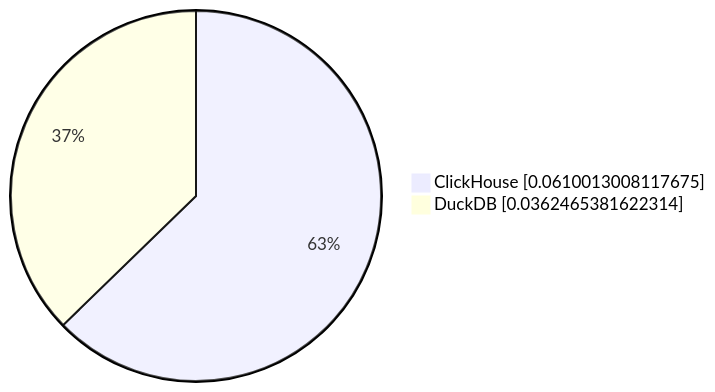
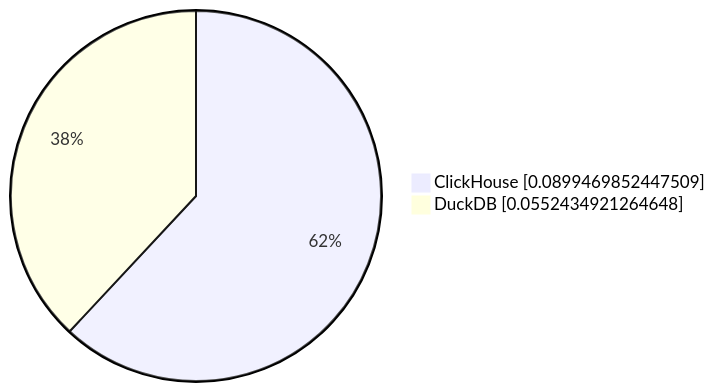
One commit to Altinity/clickhouse-regression changed the sixth of 7 diagrams in parquet/performance/results/nyc_taxi/23.8.2.7/README.md. Above: the diagram before and after it, drawn with Mermaid. The commit also changed other lines of this file and 2 other files, not shown here.

````diff
--- a/parquet/performance/results/nyc_taxi/23.8.2.7/README.md
+++ b/parquet/performance/results/nyc_taxi/23.8.2.7/README.md
@@ -60,5 +60,5 @@
 ```mermaid
      pie showData
-         "ClickHouse" : 0.0610013008117675
-         "DuckDB" : 0.0362465381622314
+         "ClickHouse" : 0.0899469852447509
+         "DuckDB" : 0.0552434921264648
 ```
````
